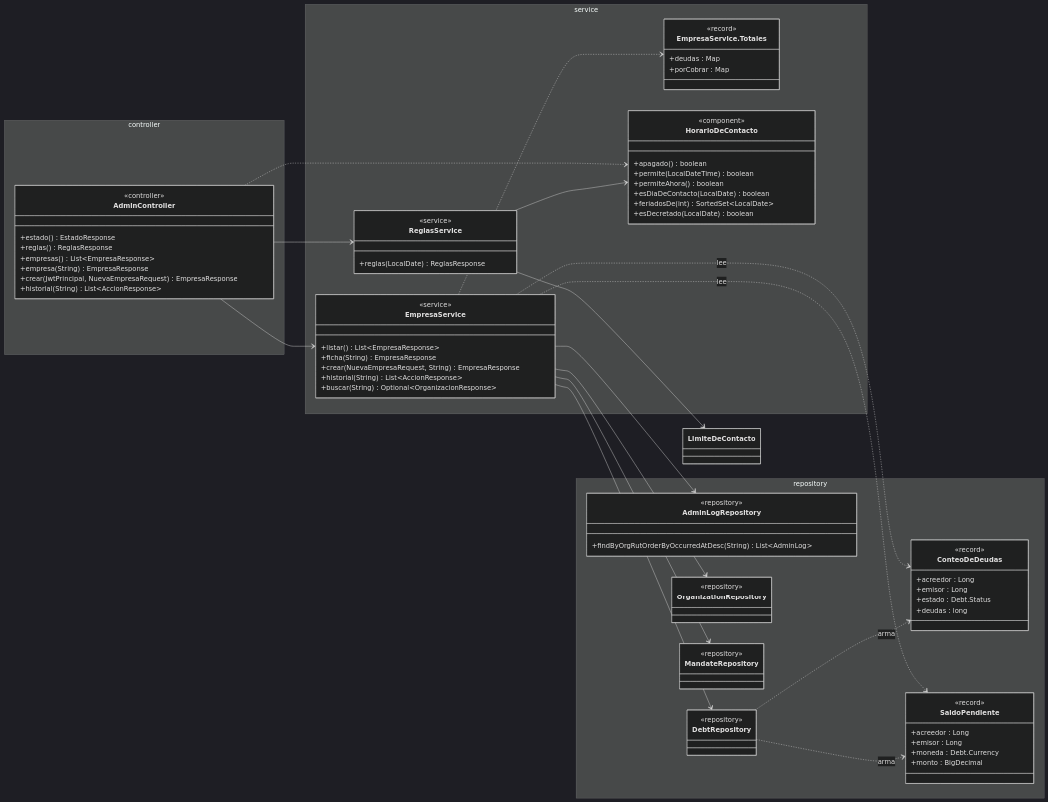
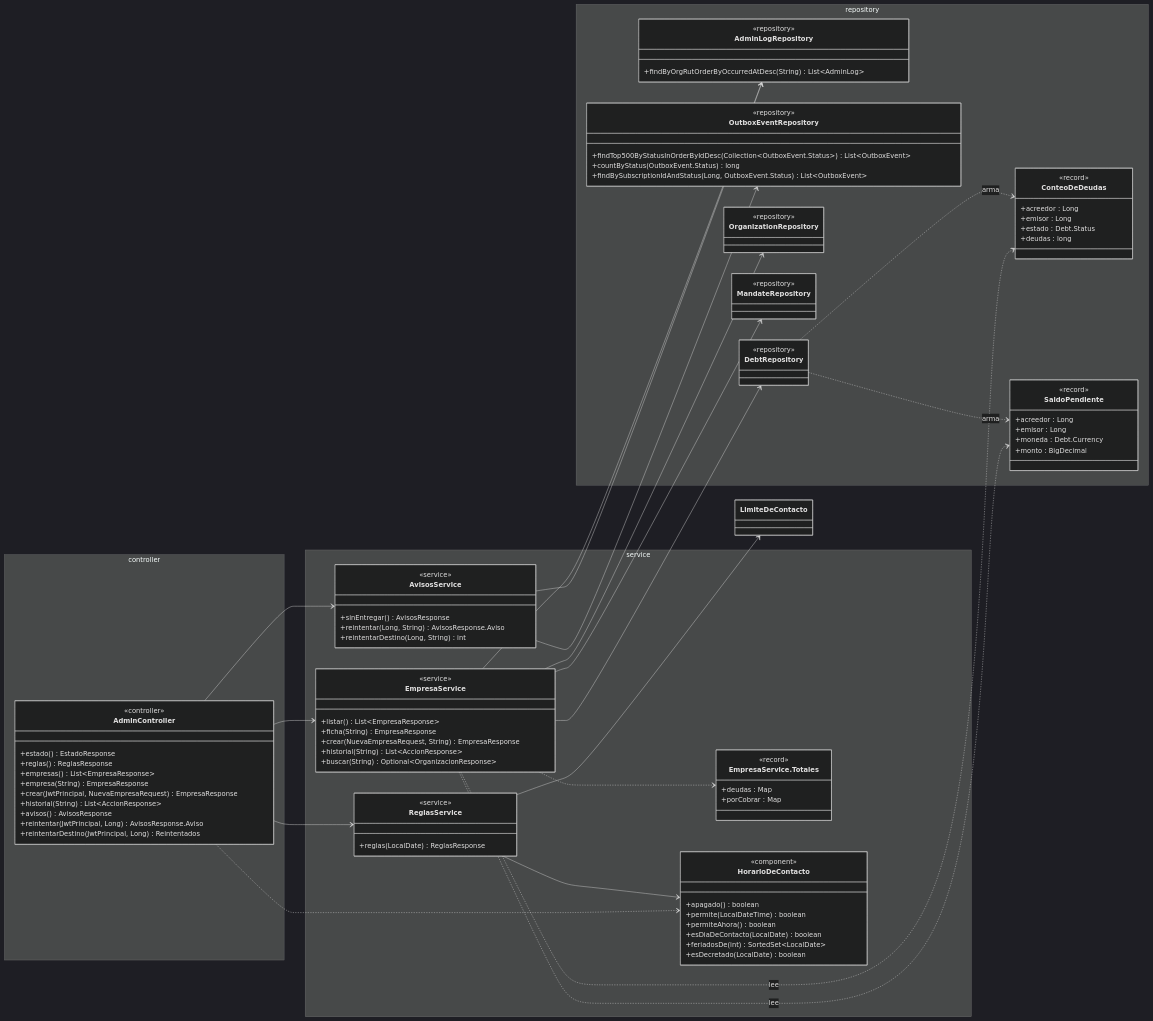
One commit to TechnicalBridge/DataBridge changed the tenth of 18 diagrams in docs/diagramas/clases.md. Above: the diagram before and after it, drawn with Mermaid (dark theme). The commit also changed other lines of this file and 31 other files, not shown here.

```diff
--- a/docs/diagramas/clases.md
+++ b/docs/diagramas/clases.md
@@ -1839,9 +1842,18 @@
             +empresa(String) EmpresaResponse
             +crear(JwtPrincipal, NuevaEmpresaRequest) EmpresaResponse
             +historial(String) List~AccionResponse~
+            +avisos() AvisosResponse
+            +reintentar(JwtPrincipal, Long) AvisosResponse.Aviso
+            +reintentarDestino(JwtPrincipal, Long) Reintentados
         }
     }
     namespace service {
+        class AvisosService {
+            <<service>>
+            +sinEntregar() AvisosResponse
+            +reintentar(Long, String) AvisosResponse.Aviso
+            +reintentarDestino(Long, String) int
+        }
         class EmpresaService {
             <<service>>
             +listar() List~EmpresaResponse~
@@ -1888,6 +1900,12 @@
             <<repository>>
             +findByOrgRutOrderByOccurredAtDesc(String) List~AdminLog~
         }
+        class OutboxEventRepository {
+            <<repository>>
+            +findTop500ByStatusInOrderByIdDesc(Collection~OutboxEvent.Status~) List~OutboxEvent~
+            +countByStatus(OutboxEvent.Status) long
+            +findBySubscriptionIdAndStatus(Long, OutboxEvent.Status) List~OutboxEvent~
+        }
         class OrganizationRepository {
             <<repository>>
         }
@@ -1901,7 +1919,10 @@
     EmpresaService ..> EmpresaService_Totales
     AdminController --> EmpresaService
     AdminController --> ReglasService
+    AdminController --> AvisosService
     AdminController ..> HorarioDeContacto
+    AvisosService --> OutboxEventRepository
+    AvisosService --> AdminLogRepository
     EmpresaService --> OrganizationRepository
     EmpresaService --> MandateRepository
     EmpresaService --> DebtRepository
```
